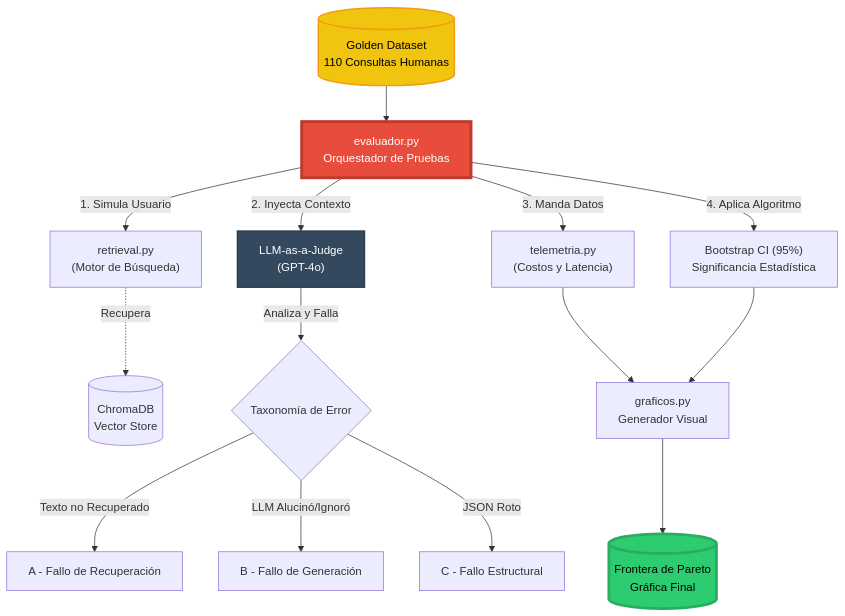
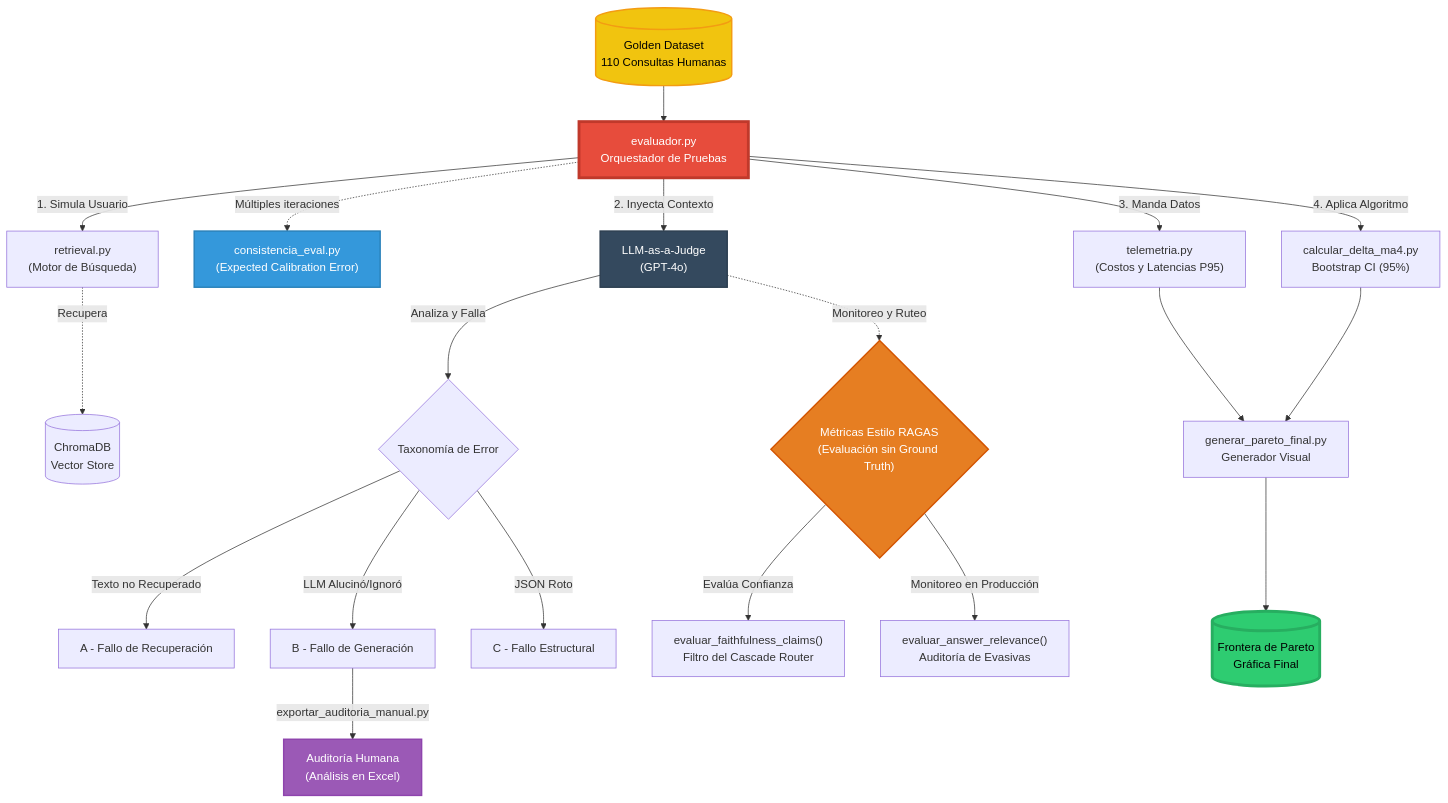
The diagram in docs/arquitectura/diagrama_arquitectura_evaluador.md (alexandro-mayoral-teran/proyecto_disf_npl), drawn with Mermaid before and after one commit. The commit also changed other lines of this file and 72 other files, not shown here.

````diff
--- a/docs/arquitectura/diagrama_arquitectura_evaluador.md
+++ b/docs/arquitectura/diagrama_arquitectura_evaluador.md
@@ -9,31 +9,45 @@
 ```mermaid
 graph TD
     %% Base de la Verdad
     A[("Golden Dataset<br>110 Consultas Humanas")] --> B
 
-    %% Orquestador de Evaluación
+    %% Orquestador de Evaluación y Consistencia
     B["evaluador.py<br>Orquestador de Pruebas"] -->|1. Simula Usuario| C["retrieval.py<br>(Motor de Búsqueda)"]
     C -.->|Recupera| D[("ChromaDB<br>Vector Store")]
     
-    %% Juez
+    %% Satélite de Consistencia (Avance 5)
+    B -.->|Múltiples iteraciones| ECE["consistencia_eval.py<br>(Expected Calibration Error)"]
+    
+    %% Juez y Taxonomía (MA6)
     B -->|2. Inyecta Contexto| E["LLM-as-a-Judge<br>(GPT-4o)"]
     E -->|Analiza y Falla| F{"Taxonomía de Error"}
     
     %% Ramas de Taxonomía
     F -->|Texto no Recuperado| G["A - Fallo de Recuperación"]
     F -->|LLM Alucinó/Ignoró| H["B - Fallo de Generación"]
     F -->|JSON Roto| I["C - Fallo Estructural"]
+    
+    %% Auditoría MA6
+    H -->|exportar_auditoria_manual.py| N["Auditoría Humana<br>(Análisis en Excel)"]
 
-    %% Métricas y Salida
-    B -->|3. Manda Datos| J["telemetria.py<br>(Costos y Latencia)"]
-    B -->|4. Aplica Algoritmo| K["Bootstrap CI (95%)<br>Significancia Estadística"]
+    %% Métricas RAGAS Satélites (NUEVO)
+    E -.->|Monitoreo y Ruteo| RAGAS{"Métricas Estilo RAGAS<br>(Evaluación sin Ground Truth)"}
+    RAGAS -->|Evalúa Confianza| FTH["evaluar_faithfulness_claims()<br>Filtro del Cascade Router"]
+    RAGAS -->|Monitoreo en Producción| AR["evaluar_answer_relevance()<br>Auditoría de Evasivas"]
+
+    %% Métricas y Salida (MA4)
+    B -->|3. Manda Datos| J["telemetria.py<br>(Costos y Latencias P95)"]
+    B -->|4. Aplica Algoritmo| K["calcular_delta_ma4.py<br>Bootstrap CI (95%)"]
     J --> L
-    K --> L["graficos.py<br>Generador Visual"]
+    K --> L["generar_pareto_final.py<br>Generador Visual"]
     L --> M[("Frontera de Pareto<br>Gráfica Final")]
 
     %% Estilos
     style B fill:#e74c3c,stroke:#c0392b,stroke-width:4px,color:white
     style A fill:#f1c40f,stroke:#f39c12,stroke-width:2px,color:black
     style E fill:#34495e,stroke:#2c3e50,stroke-width:2px,color:white
     style M fill:#2ecc71,stroke:#27ae60,stroke-width:4px,color:black
+    style N fill:#9b59b6,stroke:#8e44ad,stroke-width:2px,color:white
+    style ECE fill:#3498db,stroke:#2980b9,stroke-width:2px,color:white
+    style RAGAS fill:#e67e22,stroke:#d35400,stroke-width:2px,color:white
 ```
````
